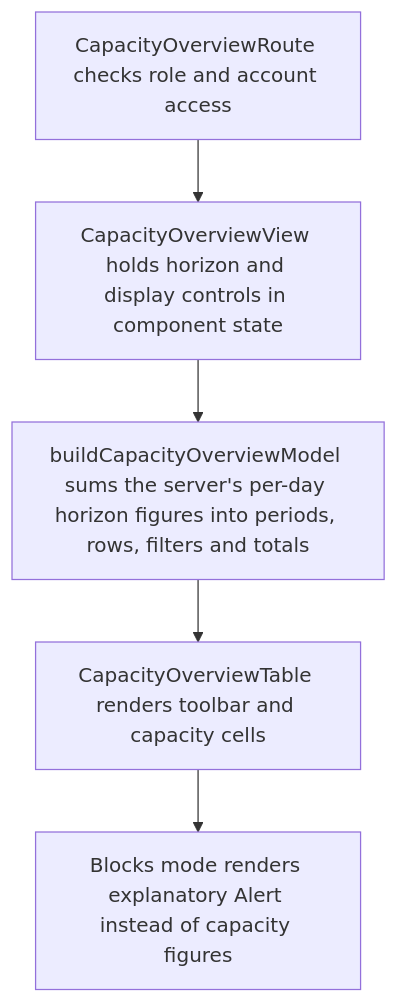
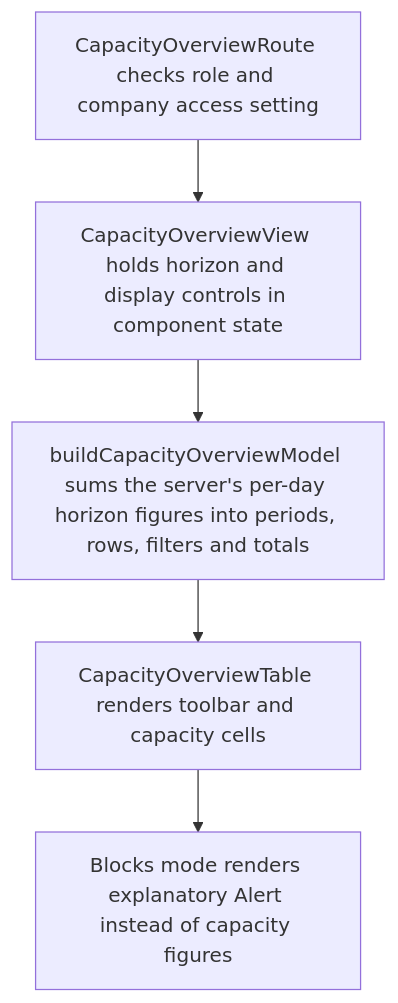
The second of 2 diagrams in user-stories/capacity-overview/US-CAP-01-review-four-week-capacity.md (Kevinjohn/capacitylens), drawn with Mermaid before and after one commit. The commit also changed 285 other files, not shown here.

````diff
--- a/user-stories/capacity-overview/US-CAP-01-review-four-week-capacity.md
+++ b/user-stories/capacity-overview/US-CAP-01-review-four-week-capacity.md
@@ -40,7 +40,7 @@
 ```mermaid
 flowchart TD
-  A["CapacityOverviewRoute checks role and account access"] --> B["CapacityOverviewView holds horizon and display controls in component state"]
+  A["CapacityOverviewRoute checks role and company access setting"] --> B["CapacityOverviewView holds horizon and display controls in component state"]
   B --> C["buildCapacityOverviewModel sums the server's per-day horizon figures into periods, rows, filters and totals"]
   C --> D["CapacityOverviewTable renders toolbar and capacity cells"]
   D --> E["Blocks mode renders explanatory Alert instead of capacity figures"]
 ```
````
